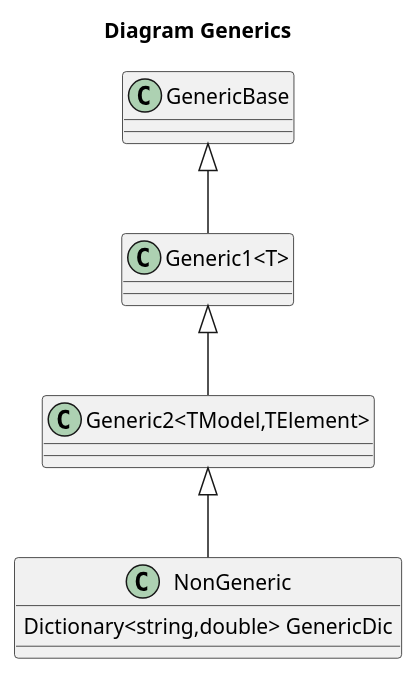
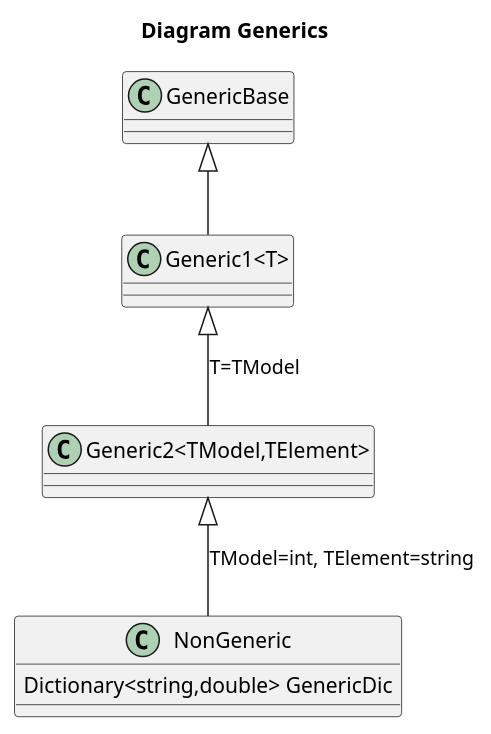
The diagram in docs/testsResults/T11_Should_convert_generics.puml (isukces/AutoUml), drawn with PlantUML before and after one commit. The commit also changed 5 other files, not shown here.

```diff
--- a/docs/testsResults/T11_Should_convert_generics.puml
+++ b/docs/testsResults/T11_Should_convert_generics.puml
@@ -1,23 +1,23 @@
 @startuml
 title
  Diagram Generics
 end title
 
 class GenericBase
 {
 }
 class "Generic1<T>"
 {
 }
 class "Generic2<TModel,TElement>"
 {
 }
 class NonGeneric
 {
     Dictionary<string,double> GenericDic
 }
 
 "Generic1<T>" -up-|> GenericBase
-"Generic2<TModel,TElement>" -up-|> "Generic1<T>"
-NonGeneric -up-|> "Generic2<TModel,TElement>"
+"Generic2<TModel,TElement>" -up-|> "Generic1<T>":"T=TModel"
+NonGeneric -up-|> "Generic2<TModel,TElement>":"TModel=int, TElement=string"
 @enduml
```
